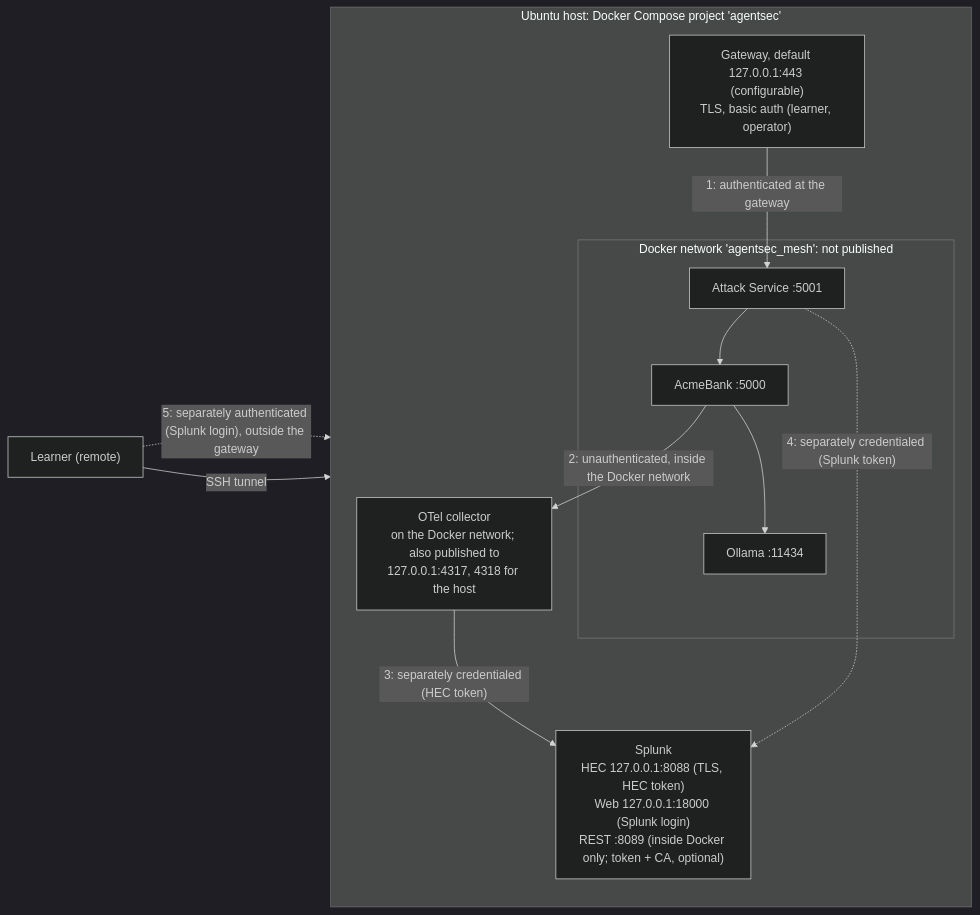
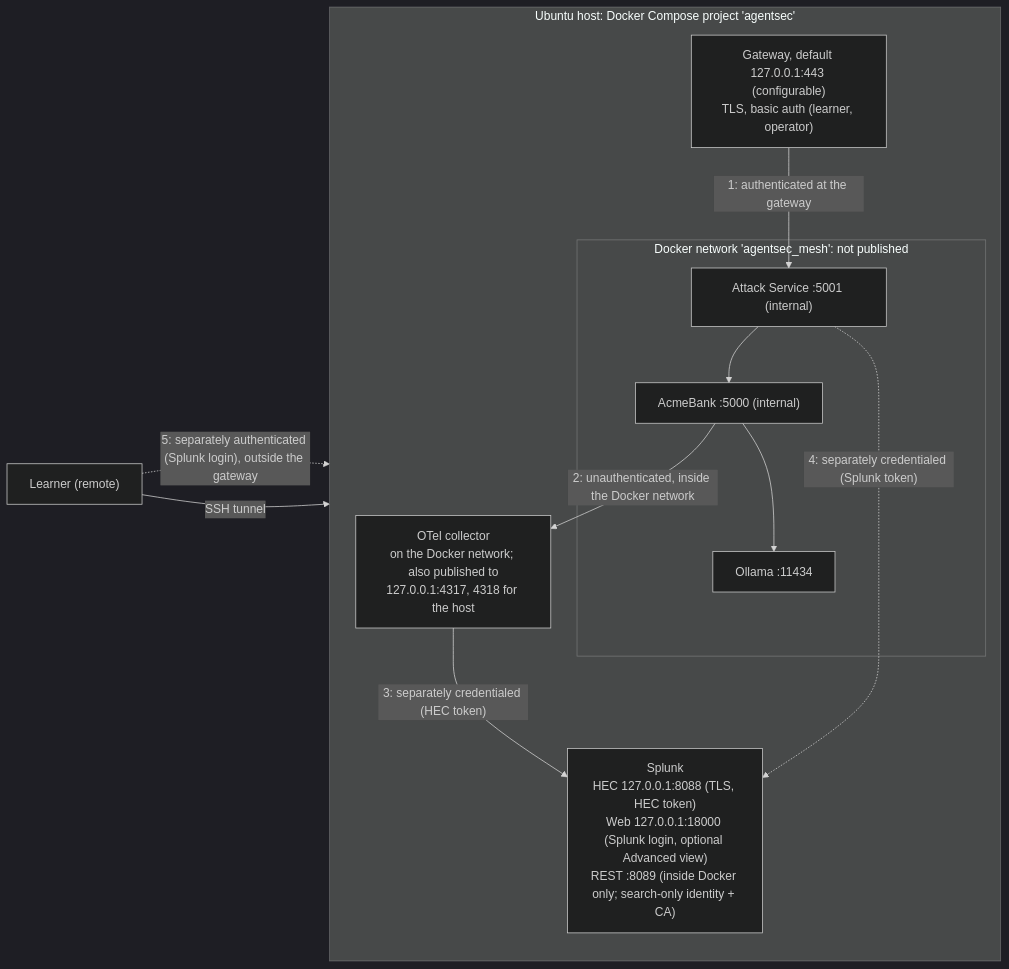
Before and after one commit to machowdhury/AgentSecLab: the third of 8 diagrams in docs/VISUAL_GUIDE.md, drawn with Mermaid (dark theme). The commit also changed other lines of this file and 113 other files, not shown here.

````diff
--- a/docs/VISUAL_GUIDE.md
+++ b/docs/VISUAL_GUIDE.md
@@ -80,22 +80,22 @@
 ```mermaid
 flowchart LR
   L["Learner (remote)"] -->|"SSH tunnel"| H
   subgraph H["Ubuntu host: Docker Compose project 'agentsec'"]
     direction TB
     GW["Gateway, default 127.0.0.1:443 (configurable)<br/>TLS, basic auth (learner, operator)"]
     subgraph NET["Docker network 'agentsec_mesh': not published"]
-      AS["Attack Service :5001"]
-      AB["AcmeBank :5000"]
+      AS["Attack Service :5001 (internal)"]
+      AB["AcmeBank :5000 (internal)"]
       OL["Ollama :11434"]
     end
     OT["OTel collector<br/>on the Docker network; also published to<br/>127.0.0.1:4317, 4318 for the host"]
-    SP["Splunk<br/>HEC 127.0.0.1:8088 (TLS, HEC token)<br/>Web 127.0.0.1:18000 (Splunk login)<br/>REST :8089 (inside Docker only; token + CA, optional)"]
+    SP["Splunk<br/>HEC 127.0.0.1:8088 (TLS, HEC token)<br/>Web 127.0.0.1:18000 (Splunk login, optional Advanced view)<br/>REST :8089 (inside Docker only; search-only identity + CA)"]
   end
   GW -->|"1: authenticated at the gateway"| AS
   AS --> AB
   AB --> OL
   AB -->|"2: unauthenticated, inside the Docker network"| OT
   OT -->|"3: separately credentialed (HEC token)"| SP
   AS -.->|"4: separately credentialed (Splunk token)"| SP
   L -.->|"5: separately authenticated (Splunk login), outside the gateway"| SP
 ```
````
